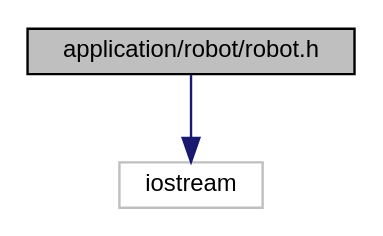
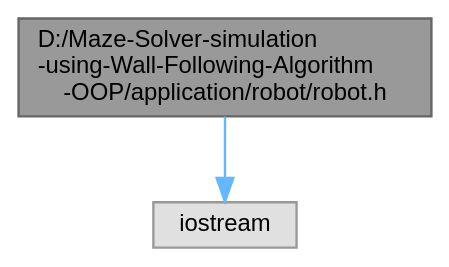
Before and after one commit to darshit-desai/Maze-Solver-simulation-using-Wall-Following-Algorithm-OOP: the diagram in docs/robot_8h__incl.dot, drawn with Graphviz. The commit also changed 381 other files, not shown here.

```diff
--- a/docs/robot_8h__incl.dot
+++ b/docs/robot_8h__incl.dot
@@ -1,9 +1,10 @@
-digraph "application/robot/robot.h"
+digraph "D:/Maze-Solver-simulation-using-Wall-Following-Algorithm-OOP/application/robot/robot.h"
 {
  // LATEX_PDF_SIZE
-  edge [fontname="Helvetica",fontsize="10",labelfontname="Helvetica",labelfontsize="10"];
-  node [fontname="Helvetica",fontsize="10",shape=record];
-  Node1 [label="application/robot/robot.h",height=0.2,width=0.4,color="black", fillcolor="grey75", style="filled", fontcolor="black",tooltip="This class is used to drive the robot based on its position and orientation."];
-  Node1 -> Node2 [color="midnightblue",fontsize="10",style="solid",fontname="Helvetica"];
-  Node2 [label="iostream",height=0.2,width=0.4,color="grey75", fillcolor="white", style="filled",tooltip=" "];
+  bgcolor="transparent";
+  edge [fontname=Helvetica,fontsize=10,labelfontname=Helvetica,labelfontsize=10];
+  node [fontname=Helvetica,fontsize=10,shape=box,height=0.2,width=0.4];
+  Node1 [id="Node000001",label="D:/Maze-Solver-simulation\l-using-Wall-Following-Algorithm\l-OOP/application/robot/robot.h",height=0.2,width=0.4,color="gray40", fillcolor="grey60", style="filled", fontcolor="black",tooltip="This class is used to drive the robot based on its position and orientation."];
+  Node1 -> Node2 [id="edge1_Node000001_Node000002",color="steelblue1",style="solid",tooltip=" "];
+  Node2 [id="Node000002",label="iostream",height=0.2,width=0.4,color="grey60", fillcolor="#E0E0E0", style="filled",tooltip=" "];
 }
```
